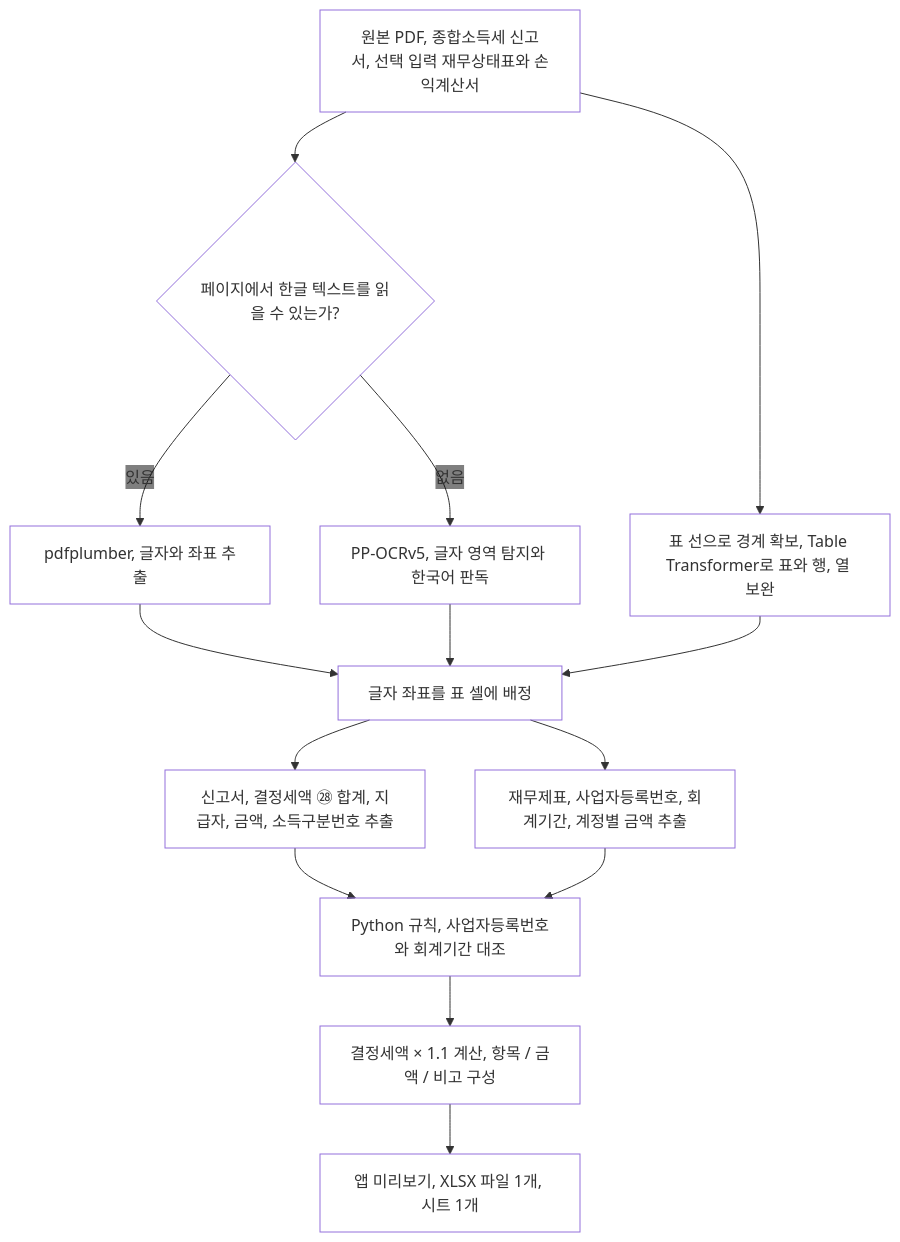
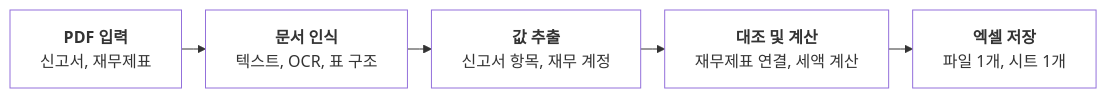
The diagram in README.md (newspring0203/data-preprocessor), drawn with Mermaid before and after one commit. The commit also changed other lines of this file, not shown here.

Commit message:
Simplify the data flow diagram
Updated the data flow diagram and added details about the deep learning model's functionality.

````diff
--- a/README.md
+++ b/README.md
@@ -30,18 +29,11 @@
 ```mermaid
-%%{init: {"themeVariables": {"background": "transparent", "edgeLabelBackground": "transparent"}}}%%
-flowchart TD
-    A["원본 PDF, 종합소득세 신고서, 선택 입력 재무상태표와 손익계산서"] --> B{"페이지에서 한글 텍스트를 읽을 수 있는가?"}
-    B -->|있음| C["pdfplumber, 글자와 좌표 추출"]
-    B -->|없음| D["PP-OCRv5, 글자 영역 탐지와 한국어 판독"]
-    A --> E["표 선으로 경계 확보, Table Transformer로 표와 행, 열 보완"]
-    C --> F["글자 좌표를 표 셀에 배정"]
-    D --> F
-    E --> F
-    F --> G["신고서, 결정세액 ㉘ 합계, 지급자, 금액, 소득구분번호 추출"]
-    F --> H["재무제표, 사업자등록번호, 회계기간, 계정별 금액 추출"]
-    G --> I["Python 규칙, 사업자등록번호와 회계기간 대조"]
-    H --> I
-    I --> J["결정세액 × 1.1 계산, 항목 / 금액 / 비고 구성"]
-    J --> K["앱 미리보기, XLSX 파일 1개, 시트 1개"]
-    classDef default fill:transparent
+%%{init: {"themeVariables": {"background": "transparent"}, "flowchart": {"curve": "linear", "nodeSpacing": 20, "rankSpacing": 24}}}%%
+flowchart LR
+    A["<b>PDF 입력</b><br/>신고서, 재무제표"]
+    B["<b>문서 인식</b><br/>텍스트, OCR, 표 구조"]
+    C["<b>값 추출</b><br/>신고서 항목, 재무 계정"]
+    D["<b>대조 및 계산</b><br/>재무제표 연결, 세액 계산"]
+    E["<b>엑셀 저장</b><br/>파일 1개, 시트 1개"]
+    A --> B --> C --> D --> E
+    classDef default fill:transparent,stroke-width:1px
 ```
````
